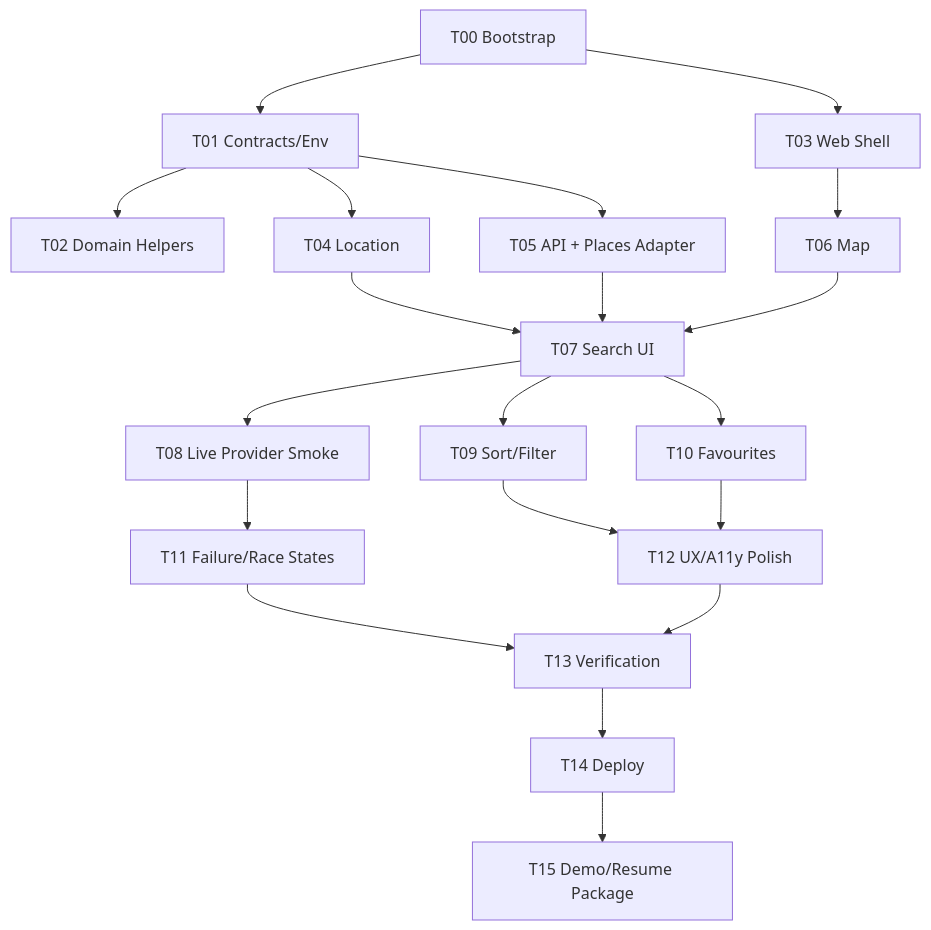
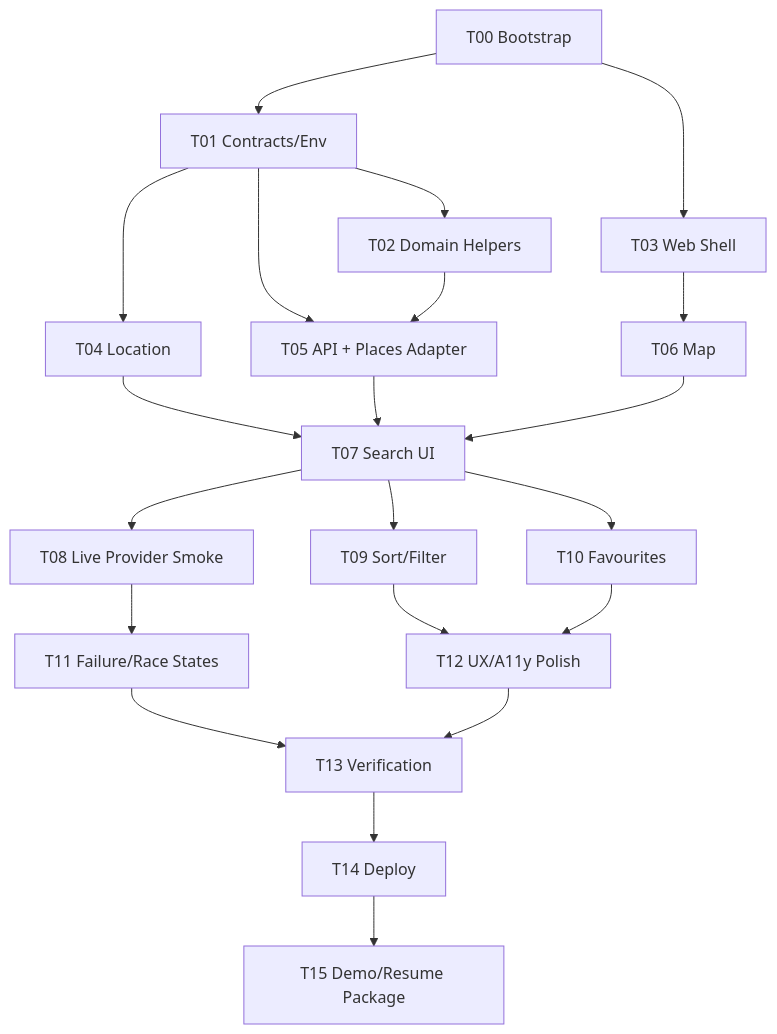
One commit to park-anju/bean-stalker changed the diagram in docs/09_EXECUTION/Task Graph.md. Above: the diagram before and after it, drawn with Mermaid. The commit also changed 25 other files, not shown here.

````diff
--- a/docs/09_EXECUTION/Task Graph.md
+++ b/docs/09_EXECUTION/Task Graph.md
@@ -12,22 +12,23 @@
 ```mermaid
 flowchart TD
   T00[T00 Bootstrap] --> T01[T01 Contracts/Env]
   T01 --> T02[T02 Domain Helpers]
   T00 --> T03[T03 Web Shell]
   T01 --> T04[T04 Location]
   T01 --> T05[T05 API + Places Adapter]
+  T02 --> T05
   T03 --> T06[T06 Map]
   T04 --> T07[T07 Search UI]
   T05 --> T07
   T06 --> T07
   T07 --> T08[T08 Live Provider Smoke]
   T07 --> T09[T09 Sort/Filter]
   T07 --> T10[T10 Favourites]
   T08 --> T11[T11 Failure/Race States]
   T09 --> T12[T12 UX/A11y Polish]
   T10 --> T12
   T11 --> T13[T13 Verification]
   T12 --> T13
   T13 --> T14[T14 Deploy]
   T14 --> T15[T15 Demo/Resume Package]
 ```
````
